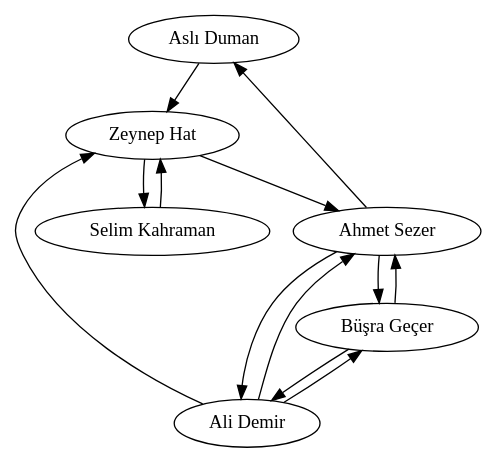
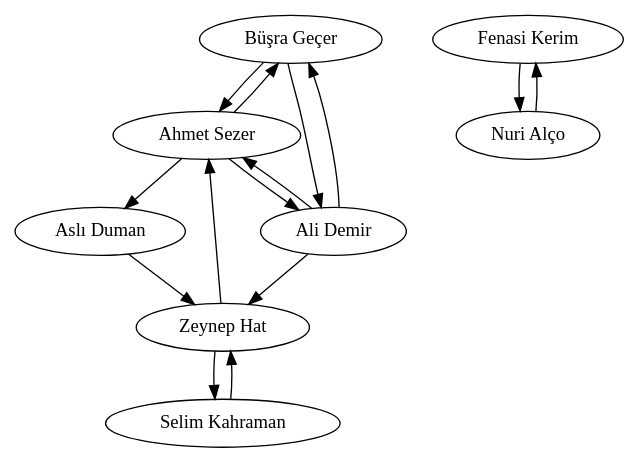
One commit to 5l1v3r1/SNAnalyzer changed the diagram in out/example_network.gv. Above: the diagram before and after it, drawn with Graphviz. The commit also changed 3 other files, not shown here.

```diff
--- a/out/example_network.gv
+++ b/out/example_network.gv
@@ -1,20 +1,24 @@
 digraph {
-	hak [label="Aslı Duman"]
-	kyn [label="Ahmet Sezer"]
-	ivi [label="Ali Demir"]
-	sal [label="Selim Kahraman"]
-	wee [label="Zeynep Hat"]
-	ame [label="Büşra Geçer"]
-		hak -> wee
-		kyn -> hak
-		kyn -> ame
-		kyn -> ivi
-		ivi -> ame
-		ivi -> wee
-		ivi -> kyn
-		sal -> wee
-		wee -> sal
-		wee -> kyn
-		ame -> kyn
-		ame -> ivi
+	krr [label="Büşra Geçer"]
+	ukq [label="Ahmet Sezer"]
+	rvo [label="Fenasi Kerim"]
+	ska [label="Nuri Alço"]
+	jbp [label="Zeynep Hat"]
+	neg [label="Aslı Duman"]
+	vdz [label="Ali Demir"]
+	vax [label="Selim Kahraman"]
+		krr -> ukq
+		krr -> vdz
+		ukq -> neg
+		ukq -> krr
+		ukq -> vdz
+		rvo -> ska
+		ska -> rvo
+		jbp -> vax
+		jbp -> ukq
+		neg -> jbp
+		vdz -> krr
+		vdz -> jbp
+		vdz -> ukq
+		vax -> jbp
 }
```
